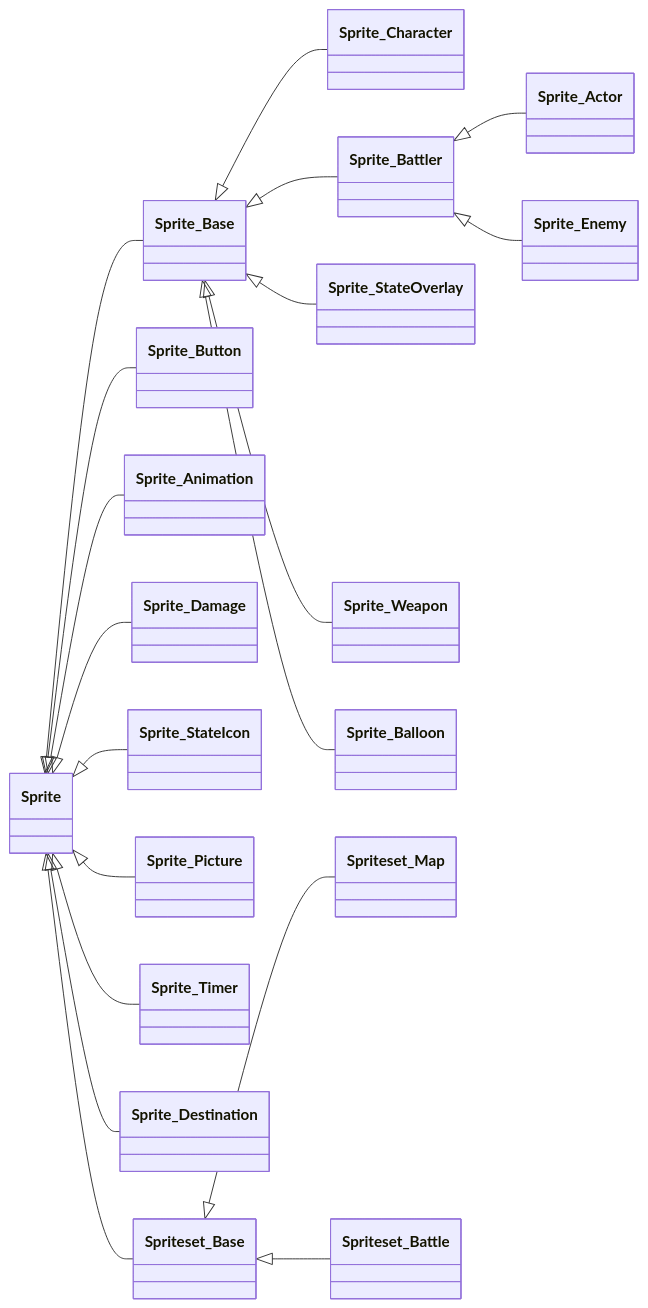
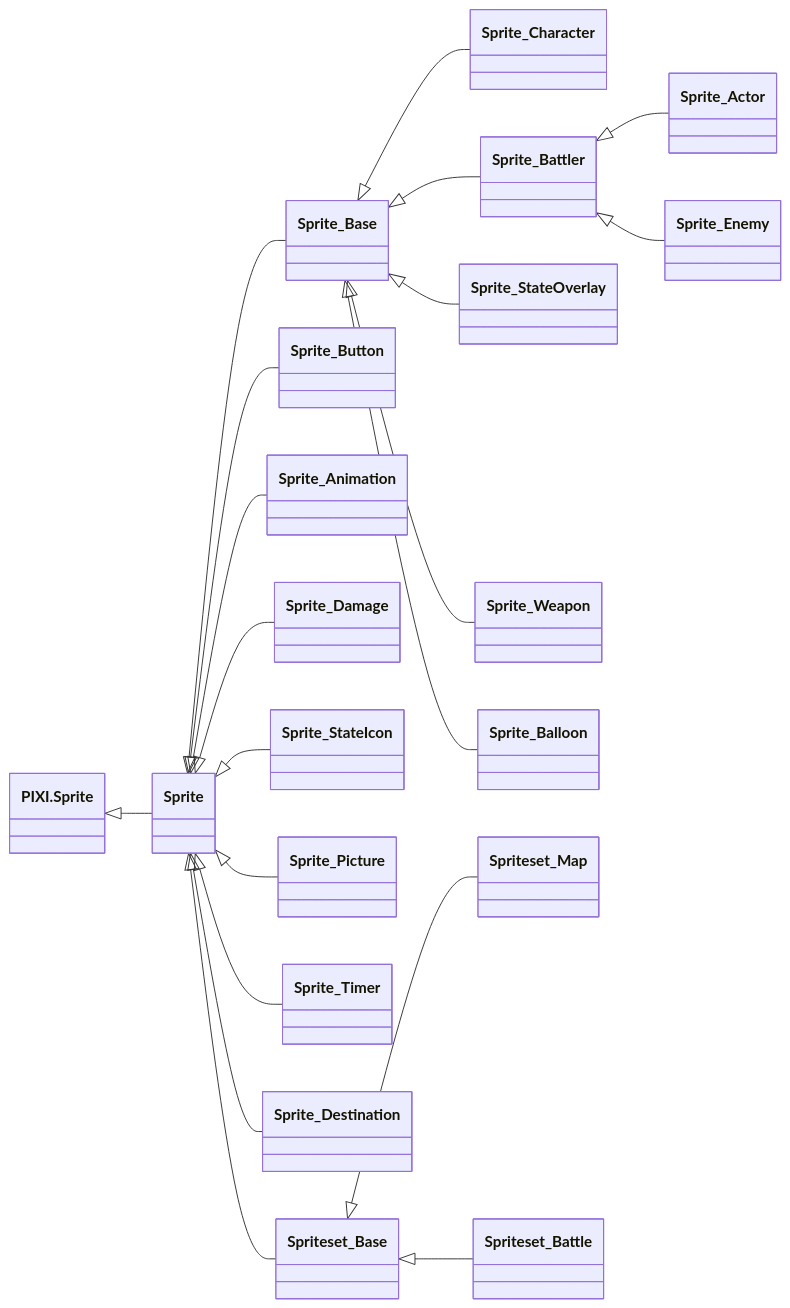
Before and after one commit to meowmotor/RPG-Maker: the diagram in Class Inheritances/Sprite (MV).md, drawn with Mermaid.

Commit message:
Update Sprite (MV).md

````diff
--- a/Class Inheritances/Sprite (MV).md
+++ b/Class Inheritances/Sprite (MV).md
@@ -1,22 +1,23 @@
 ```mermaid
 classDiagram
 direction LR
+`PIXI.Sprite`<|--Sprite
 Sprite<|--Sprite_Base
 Sprite<|--Sprite_Button
 Sprite_Base<|--Sprite_Character
 Sprite_Base<|--Sprite_Battler
 Sprite_Battler<|--Sprite_Actor
 Sprite_Battler<|--Sprite_Enemy
 Sprite<|--Sprite_Animation
 Sprite<|--Sprite_Damage
 Sprite<|--Sprite_StateIcon
 Sprite_Base<|--Sprite_StateOverlay
 Sprite_Base<|--Sprite_Weapon
 Sprite_Base<|--Sprite_Balloon
 Sprite<|--Sprite_Picture
 Sprite<|--Sprite_Timer
 Sprite<|--Sprite_Destination
 Sprite<|--Spriteset_Base
 Spriteset_Base<|--Spriteset_Map
 Spriteset_Base<|--Spriteset_Battle
 ```
````
